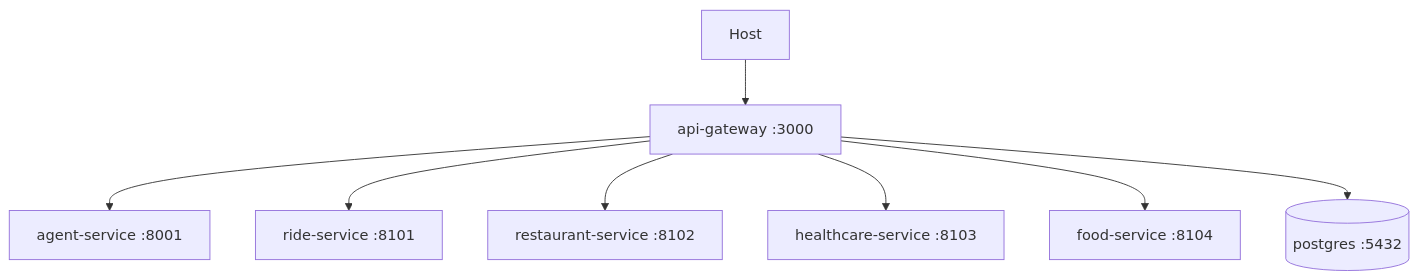
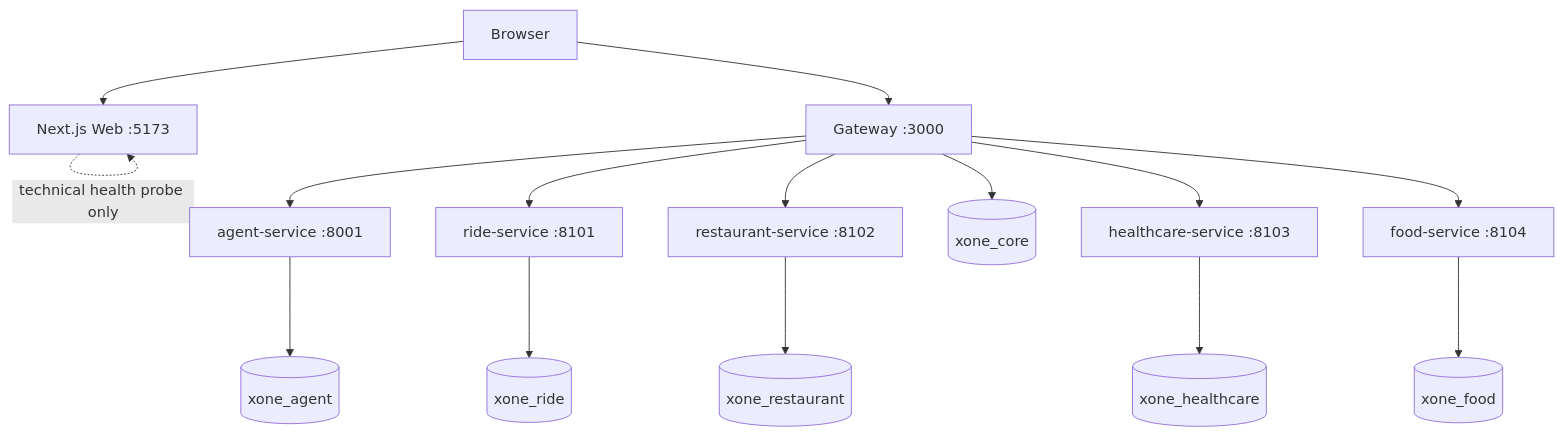
Before and after one commit to codecuatai/P-018: the diagram in docs/architecture/runtime-architecture.md, drawn with Mermaid. The commit also changed other lines of this file and 135 other files, not shown here.

````diff
--- a/docs/architecture/runtime-architecture.md
+++ b/docs/architecture/runtime-architecture.md
@@ -5,10 +9,17 @@
 ```mermaid
 flowchart TB
-  Host --> Gateway[api-gateway :3000]
+  Browser --> Web[Next.js Web :5173]
+  Browser --> Gateway[Gateway :3000]
+  Web -. technical health probe only .-> Web
   Gateway --> Agent[agent-service :8001]
   Gateway --> Ride[ride-service :8101]
   Gateway --> Restaurant[restaurant-service :8102]
   Gateway --> Healthcare[healthcare-service :8103]
   Gateway --> Food[food-service :8104]
-  Gateway --> Postgres[(postgres :5432)]
+  Gateway --> Core[(xone_core)]
+  Agent --> AgentDb[(xone_agent)]
+  Ride --> RideDb[(xone_ride)]
+  Restaurant --> RestaurantDb[(xone_restaurant)]
+  Healthcare --> HealthcareDb[(xone_healthcare)]
+  Food --> FoodDb[(xone_food)]
 ```
````
